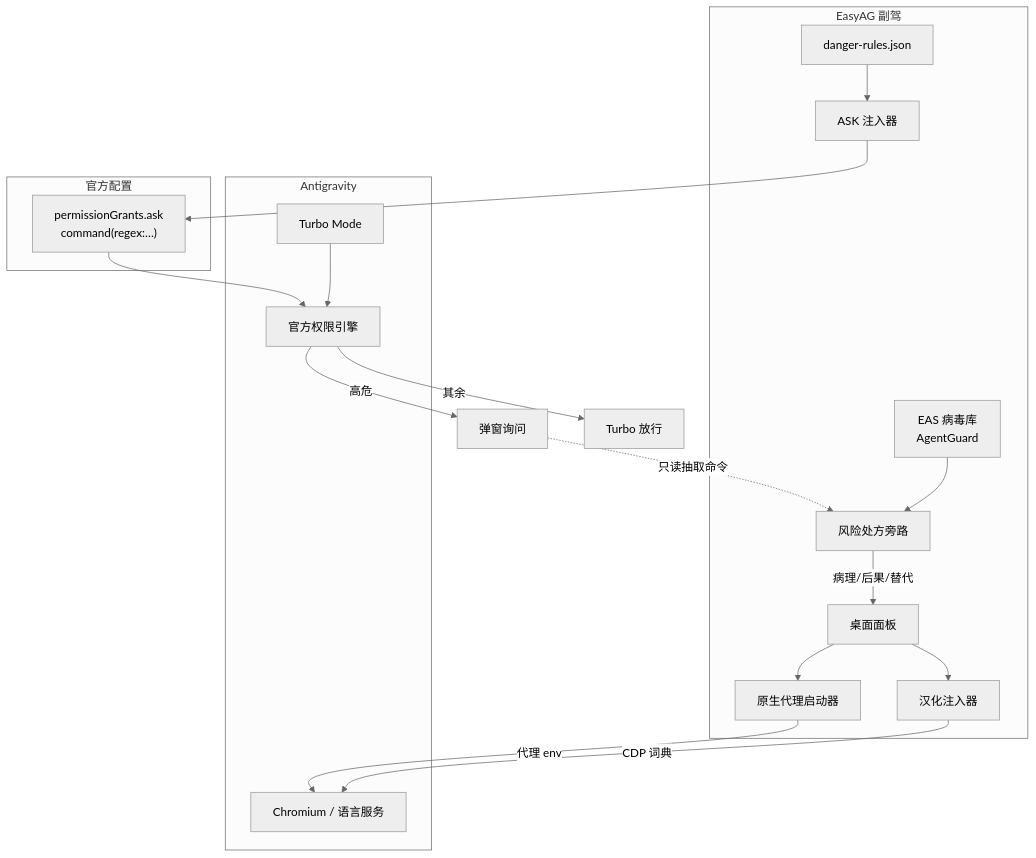
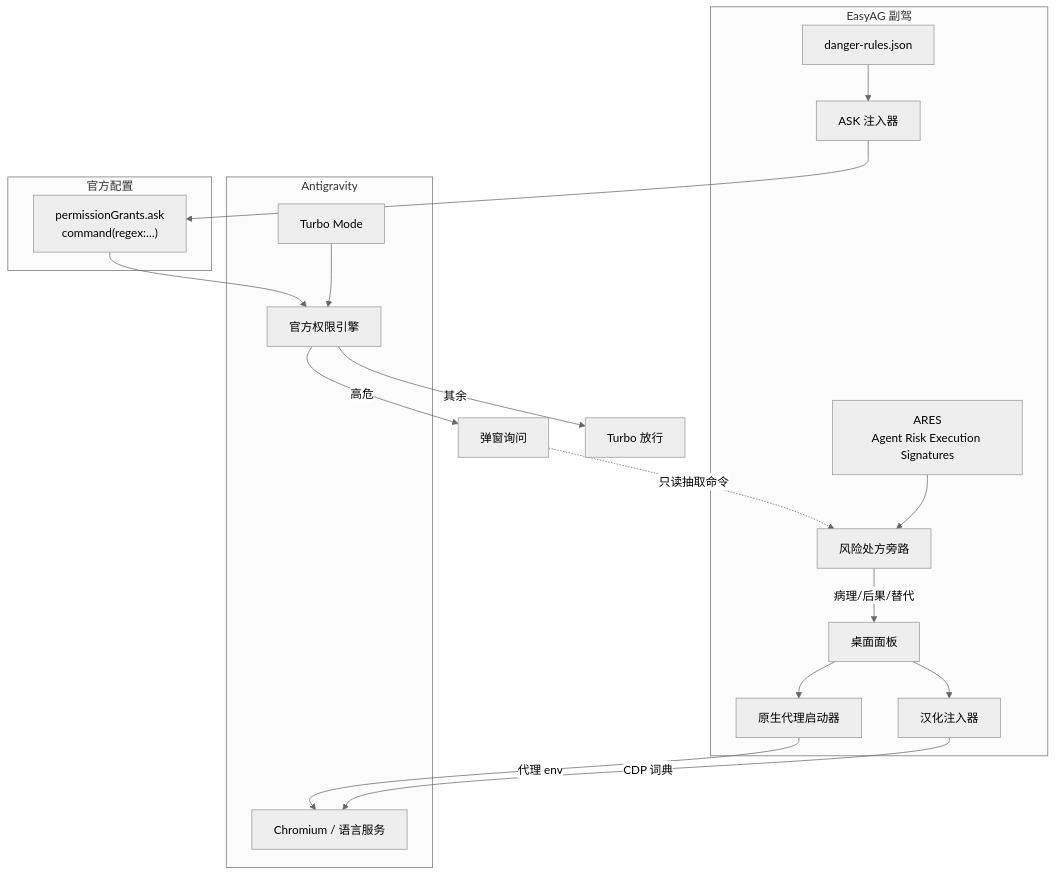
The first of 2 diagrams in docs/ARCHITECTURE.md (DSDS-CMHL/EasyAntigravity), drawn with Mermaid (neutral theme) before and after one commit. The commit also changed other lines of this file and 21 other files, not shown here.

First line of the commit message:
release: v3.0.0 ARES signatures, pilot injection fixes, tray/capsule polish

````diff
--- a/docs/ARCHITECTURE.md
+++ b/docs/ARCHITECTURE.md
@@ -23,32 +23,32 @@
 ```mermaid
 flowchart TB
   subgraph easyag [EasyAG 副驾]
     UI[桌面面板]
     Proxy[原生代理启动器]
     I18N[汉化注入器]
     Rules[danger-rules.json]
     Sync[ASK 注入器]
-    KB[EAS 病毒库<br/>AgentGuard]
+    KB[ARES<br/>Agent Risk Execution Signatures]
     Advisor[风险处方旁路]
   end
 
   subgraph ag [Antigravity]
     Chromium[Chromium / 语言服务]
     Engine[官方权限引擎]
     Turbo[Turbo Mode]
   end
 
   subgraph store [官方配置]
     Ask["permissionGrants.ask<br/>command(regex:…)"]
   end
 
   UI --> Proxy -->|代理 env| Chromium
   UI --> I18N -->|CDP 词典| Chromium
   Rules --> Sync --> Ask --> Engine
   Turbo --> Engine
   Engine -->|高危| AskUI[弹窗询问]
   AskUI -.只读抽取命令.-> Advisor
   KB --> Advisor
   Advisor -->|病理/后果/替代| UI
   Engine -->|其余| Run[Turbo 放行]
 ```
````
